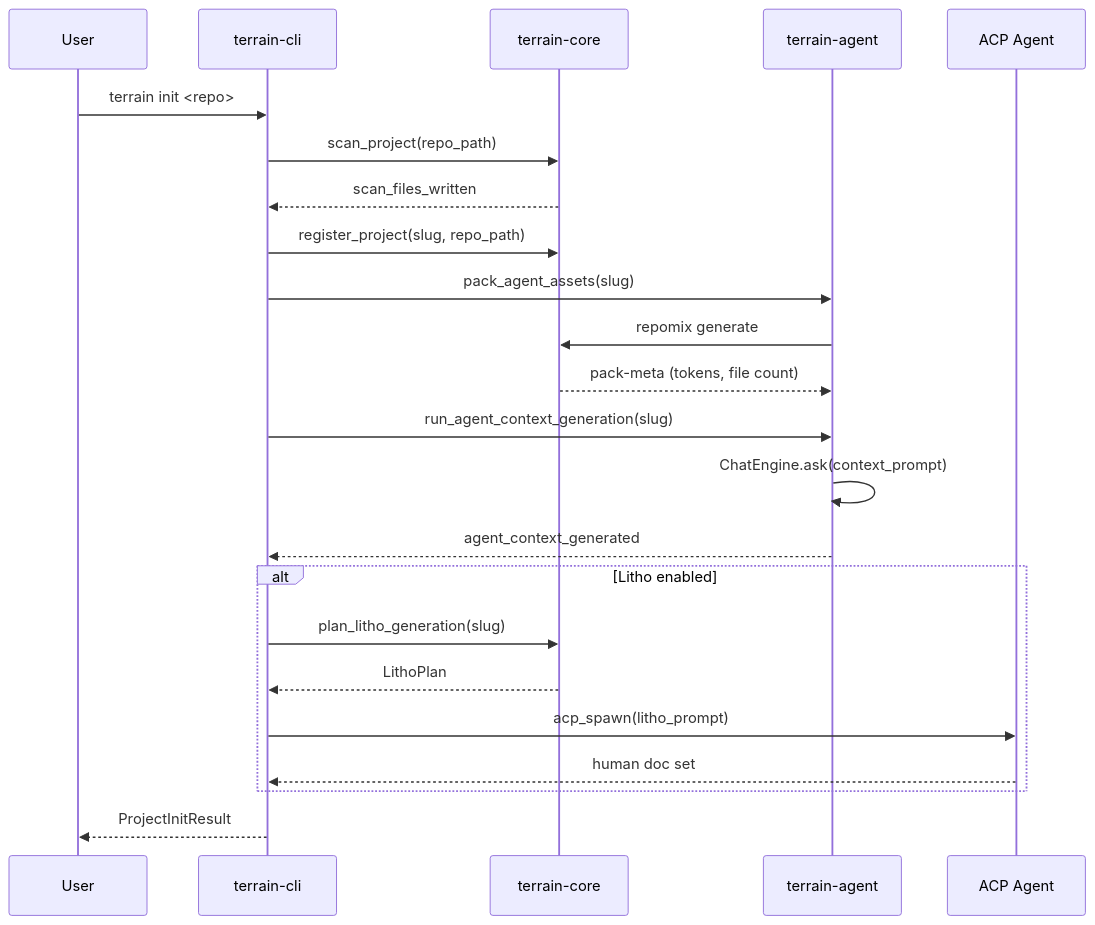
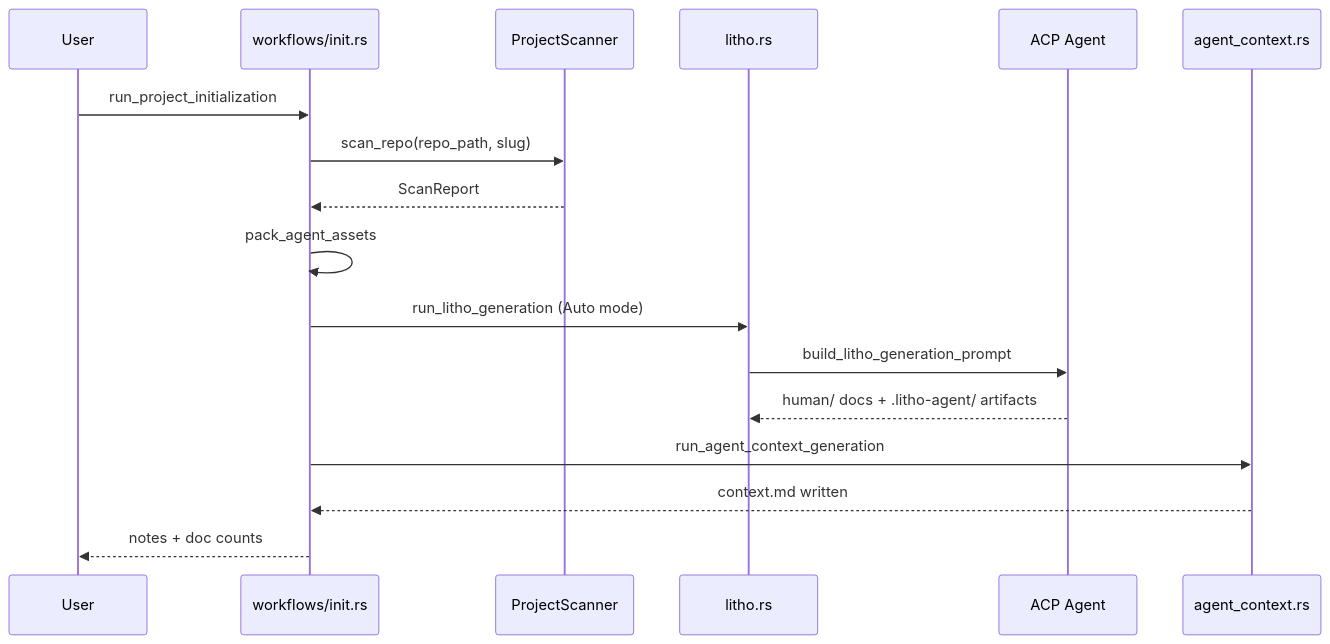
Before and after one commit to sopaco/terrain: the third of 7 diagrams in .terrain/human/3.Workflows.md, drawn with Mermaid. The commit also changed other lines of this file and 10 other files, not shown here.

Commit message:
update terrain assets

````diff
--- a/.terrain/human/3.Workflows.md
+++ b/.terrain/human/3.Workflows.md
@@ -77,26 +63,20 @@
 ```mermaid
 sequenceDiagram
-    participant U as User
-    participant CLI as terrain-cli
-    participant Core as terrain-core
-    participant Agent as terrain-agent
+    participant User
+    participant Init as workflows/init.rs
+    participant Scanner as ProjectScanner
+    participant Litho as litho.rs
     participant ACP as ACP Agent
+    participant CtxGen as agent_context.rs
 
-    U->>CLI: terrain init <repo>
-    CLI->>Core: scan_project(repo_path)
-    Core-->>CLI: scan_files_written
-    CLI->>Core: register_project(slug, repo_path)
-    CLI->>Agent: pack_agent_assets(slug)
-    Agent->>Core: repomix generate
-    Core-->>Agent: pack-meta (tokens, file count)
-    CLI->>Agent: run_agent_context_generation(slug)
-    Agent->>Agent: ChatEngine.ask(context_prompt)
-    Agent-->>CLI: agent_context_generated
-    alt Litho enabled
-        CLI->>Core: plan_litho_generation(slug)
-        Core-->>CLI: LithoPlan
-        CLI->>ACP: acp_spawn(litho_prompt)
-        ACP-->>CLI: human doc set
-    end
-    CLI-->>U: ProjectInitResult
+    User->>Init: run_project_initialization
+    Init->>Scanner: scan_repo(repo_path, slug)
+    Scanner-->>Init: ScanReport
+    Init->>Init: pack_agent_assets
+    Init->>Litho: run_litho_generation (Auto mode)
+    Litho->>ACP: build_litho_generation_prompt
+    ACP-->>Litho: human/ docs + .litho-agent/ artifacts
+    Init->>CtxGen: run_agent_context_generation
+    CtxGen-->>Init: context.md written
+    Init-->>User: notes + doc counts
 ```
````
